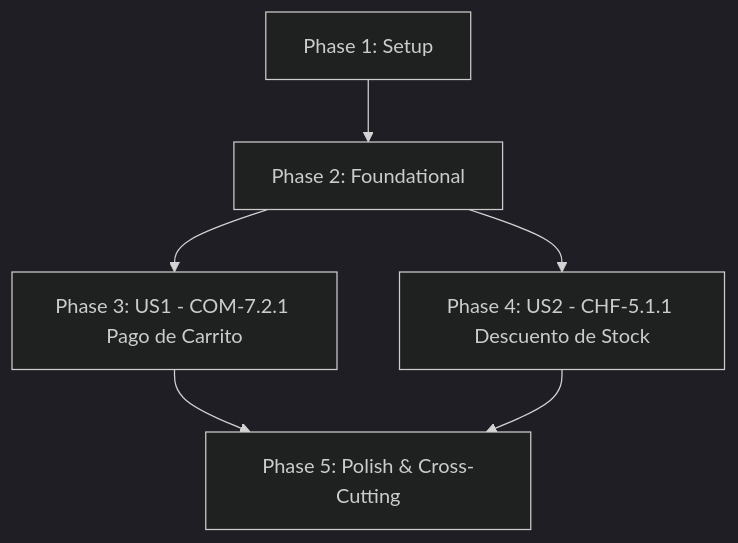
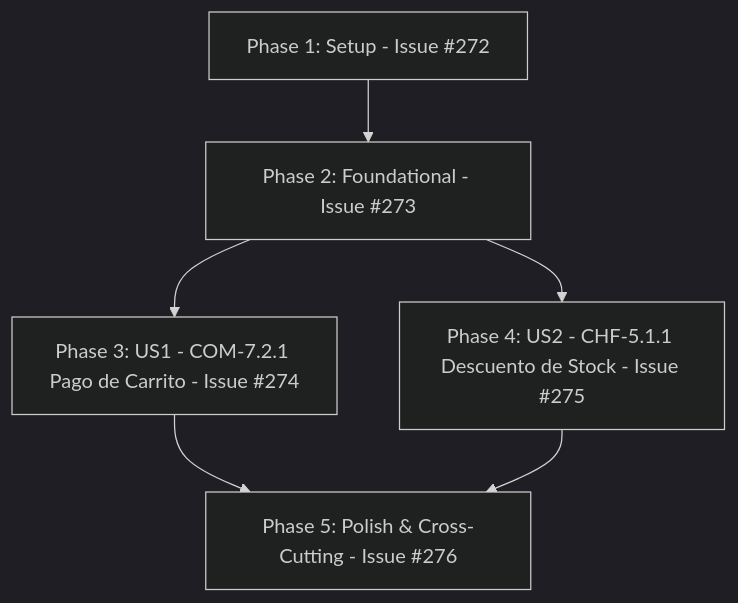
The diagram in specs/015-individual-checkout-stock-deduction/tasks.md (ValentinoCarmonaS/G12---GDSI), drawn with Mermaid (dark theme) before and after one commit. The commit also changed other lines of this file, not shown here.

````diff
--- a/specs/015-individual-checkout-stock-deduction/tasks.md
+++ b/specs/015-individual-checkout-stock-deduction/tasks.md
@@ -124,8 +125,8 @@
 ```mermaid
 flowchart TD
-    Phase1[Phase 1: Setup] --> Phase2[Phase 2: Foundational]
-    Phase2 --> Phase3[Phase 3: US1 - COM-7.2.1 Pago de Carrito]
-    Phase2 --> Phase4[Phase 4: US2 - CHF-5.1.1 Descuento de Stock]
-    Phase3 --> Phase5[Phase 5: Polish & Cross-Cutting]
+    Phase1[Phase 1: Setup - Issue #272] --> Phase2[Phase 2: Foundational - Issue #273]
+    Phase2 --> Phase3[Phase 3: US1 - COM-7.2.1 Pago de Carrito - Issue #274]
+    Phase2 --> Phase4[Phase 4: US2 - CHF-5.1.1 Descuento de Stock - Issue #275]
+    Phase3 --> Phase5[Phase 5: Polish & Cross-Cutting - Issue #276]
     Phase4 --> Phase5
 ```
````
